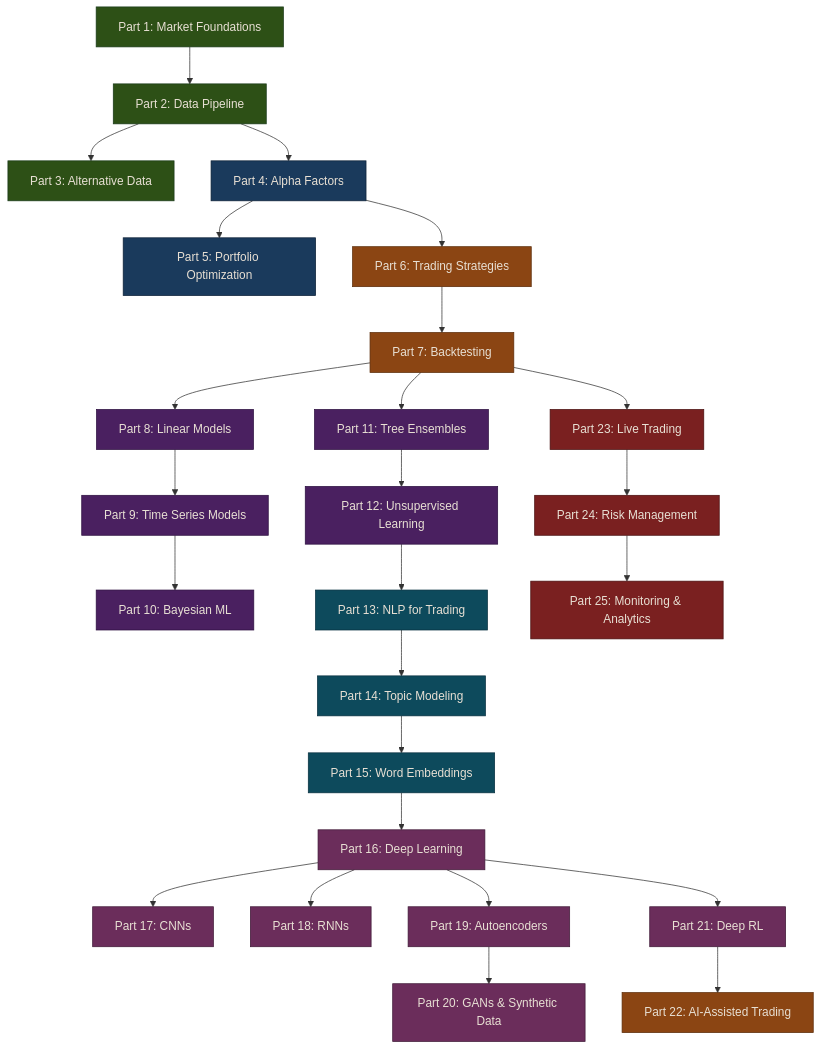
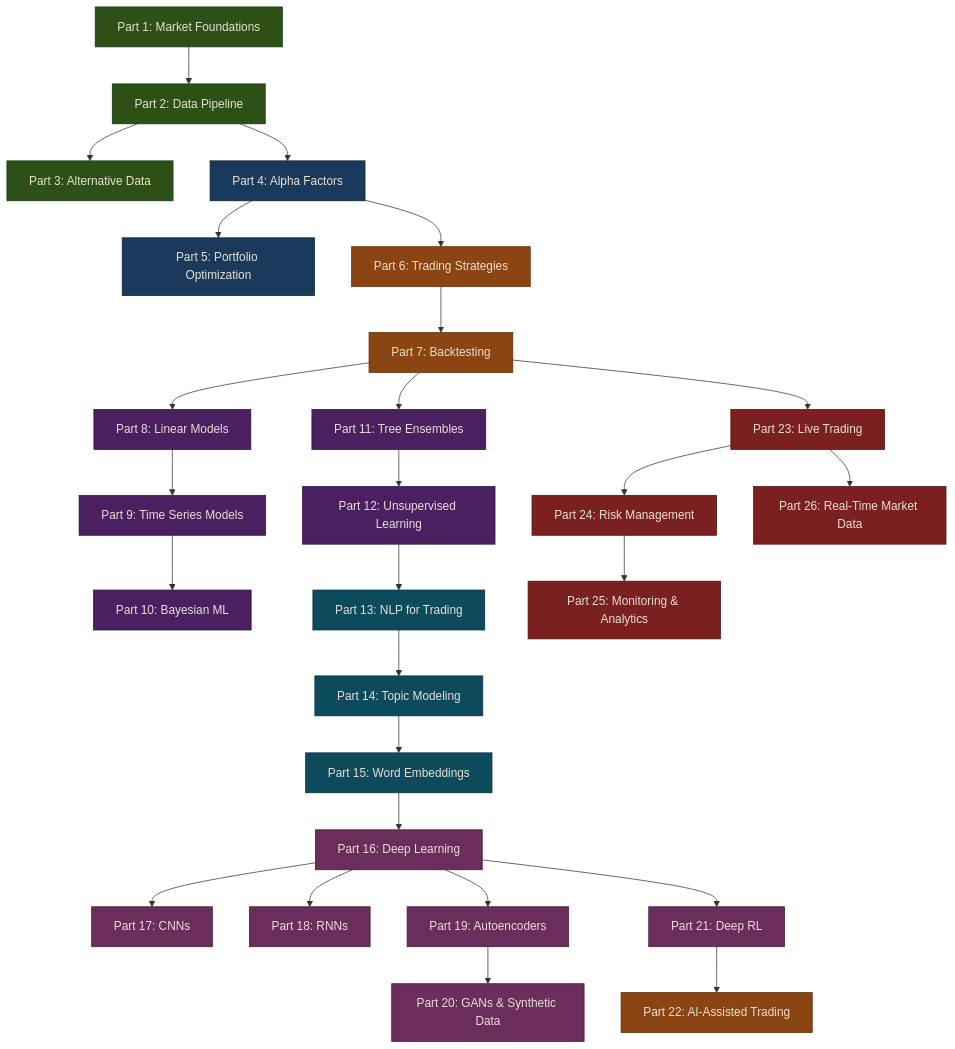
The diagram in docs/index.md (MichaelTien8901/puffin), drawn with Mermaid before and after one commit. The commit also changed other lines of this file and 5 other files, not shown here.

````diff
--- a/docs/index.md
+++ b/docs/index.md
@@ -19,79 +19,82 @@
 ```mermaid
 graph TD
     A[Part 1: Market Foundations] --> B[Part 2: Data Pipeline]
     B --> C[Part 3: Alternative Data]
     B --> D[Part 4: Alpha Factors]
     D --> E[Part 5: Portfolio Optimization]
     D --> F[Part 6: Trading Strategies]
     F --> G[Part 7: Backtesting]
     G --> H[Part 8: Linear Models]
     H --> I[Part 9: Time Series Models]
     I --> J[Part 10: Bayesian ML]
     G --> K[Part 11: Tree Ensembles]
     K --> L[Part 12: Unsupervised Learning]
     L --> M[Part 13: NLP for Trading]
     M --> N[Part 14: Topic Modeling]
     N --> O[Part 15: Word Embeddings]
     O --> P[Part 16: Deep Learning]
     P --> Q[Part 17: CNNs]
     P --> R[Part 18: RNNs]
     P --> S[Part 19: Autoencoders]
     S --> T[Part 20: GANs & Synthetic Data]
     P --> U[Part 21: Deep RL]
     U --> V[Part 22: AI-Assisted Trading]
     G --> W[Part 23: Live Trading]
     W --> X[Part 24: Risk Management]
     X --> Y[Part 25: Monitoring & Analytics]
+    W --> Z[Part 26: Real-Time Market Data]
 
     style A fill:#2d5016,stroke:#1a3a1a,color:#e8e0d4
     style B fill:#2d5016,stroke:#1a3a1a,color:#e8e0d4
     style C fill:#2d5016,stroke:#1a3a1a,color:#e8e0d4
     style D fill:#1a3a5c,stroke:#0d2137,color:#e8e0d4
     style E fill:#1a3a5c,stroke:#0d2137,color:#e8e0d4
     style F fill:#8b4513,stroke:#5c2d0a,color:#e8e0d4
     style G fill:#8b4513,stroke:#5c2d0a,color:#e8e0d4
     style H fill:#4a2060,stroke:#2d1040,color:#e8e0d4
     style I fill:#4a2060,stroke:#2d1040,color:#e8e0d4
     style J fill:#4a2060,stroke:#2d1040,color:#e8e0d4
     style K fill:#4a2060,stroke:#2d1040,color:#e8e0d4
     style L fill:#4a2060,stroke:#2d1040,color:#e8e0d4
     style M fill:#0d4a5c,stroke:#083040,color:#e8e0d4
     style N fill:#0d4a5c,stroke:#083040,color:#e8e0d4
     style O fill:#0d4a5c,stroke:#083040,color:#e8e0d4
     style P fill:#6b2d5b,stroke:#401a38,color:#e8e0d4
     style Q fill:#6b2d5b,stroke:#401a38,color:#e8e0d4
     style R fill:#6b2d5b,stroke:#401a38,color:#e8e0d4
     style S fill:#6b2d5b,stroke:#401a38,color:#e8e0d4
     style T fill:#6b2d5b,stroke:#401a38,color:#e8e0d4
     style U fill:#6b2d5b,stroke:#401a38,color:#e8e0d4
     style V fill:#8b4513,stroke:#5c2d0a,color:#e8e0d4
     style W fill:#7a2020,stroke:#4a1010,color:#e8e0d4
     style X fill:#7a2020,stroke:#4a1010,color:#e8e0d4
     style Y fill:#7a2020,stroke:#4a1010,color:#e8e0d4
+    style Z fill:#7a2020,stroke:#4a1010,color:#e8e0d4
 
     click A "01-market-foundations/"
     click B "02-data-pipeline/"
     click C "03-alternative-data/"
     click D "04-alpha-factors/"
     click E "05-portfolio-optimization/"
     click F "06-trading-strategies/"
     click G "07-backtesting/"
     click H "08-linear-models/"
     click I "09-time-series-models/"
     click J "10-bayesian-ml/"
     click K "11-tree-ensembles/"
     click L "12-unsupervised-learning/"
     click M "13-nlp-trading/"
     click N "14-topic-modeling/"
     click O "15-word-embeddings/"
     click P "16-deep-learning/"
     click Q "17-cnns-for-trading/"
     click R "18-rnns-for-trading/"
     click S "19-autoencoders/"
     click T "20-synthetic-data-gans/"
     click U "21-deep-rl/"
     click V "22-ai-assisted-trading/"
     click W "23-live-trading/"
     click X "24-risk-management/"
     click Y "25-monitoring-analytics/"
+    click Z "26-realtime-data/"
 ```
````
